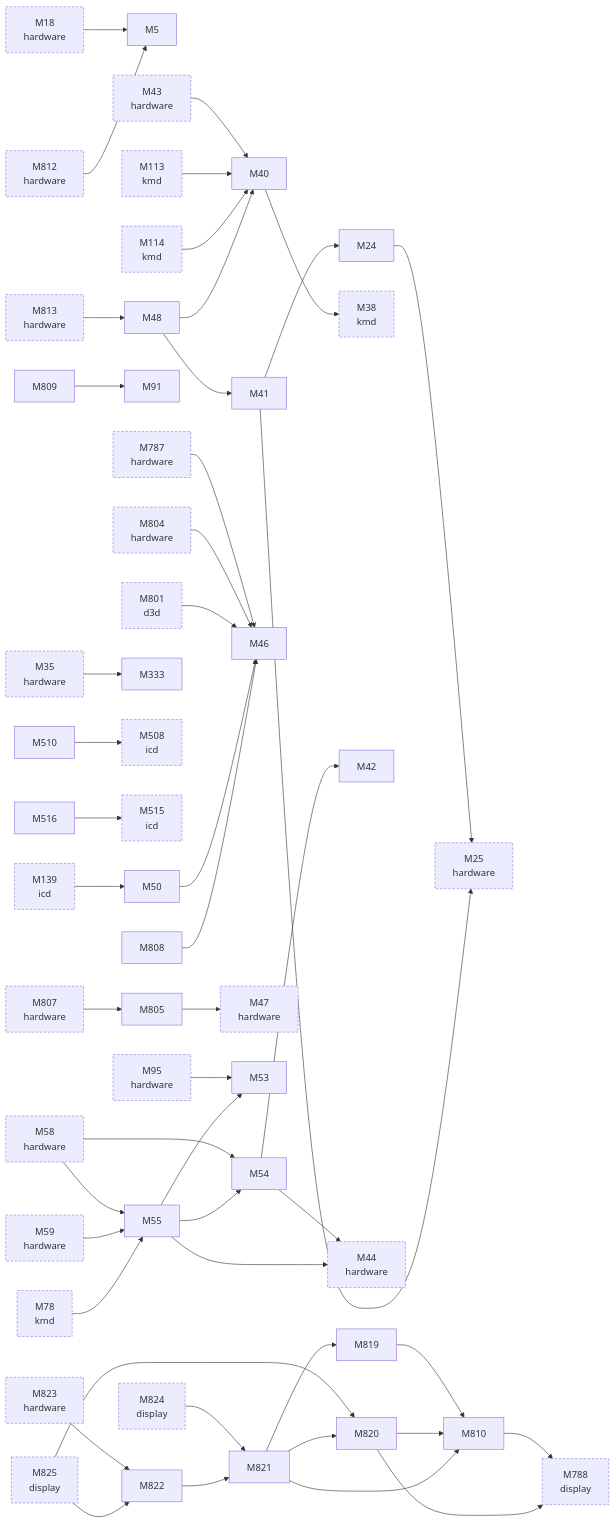
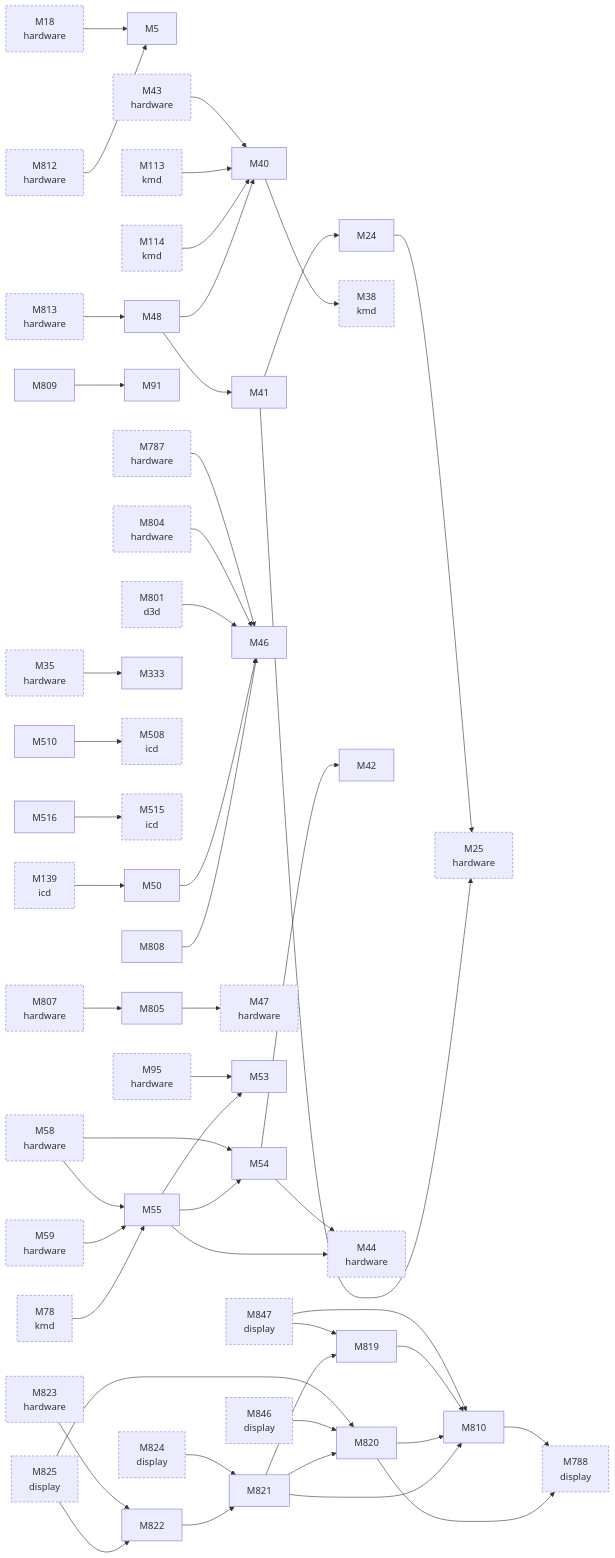
One commit to D-Ogi/amdgpu-wddm changed the second of 2 diagrams in docs/facts/graphs/linux.md. Above: the diagram before and after it, drawn with Mermaid. The commit also changed 21 other files, not shown here.

````diff
--- a/docs/facts/graphs/linux.md
+++ b/docs/facts/graphs/linux.md
@@ -93,6 +93,8 @@
   M823["M823<br/>hardware"]
   M824["M824<br/>display"]
   M825["M825<br/>display"]
+  M846["M846<br/>display"]
+  M847["M847<br/>display"]
   M18 --> M5
   M35 --> M333
   M43 --> M40
@@ -112,6 +114,9 @@
   M824 --> M821
   M825 --> M820
   M825 --> M822
+  M846 --> M820
+  M847 --> M810
+  M847 --> M819
   M139 --> M50
   M801 --> M46
   M24 --> M25
@@ -140,5 +145,5 @@
   M821 --> M820
   M822 --> M821
   classDef other stroke-dasharray:4 3
-  class M18,M25,M35,M38,M43,M44,M47,M58,M59,M78,M95,M113,M114,M139,M508,M515,M787,M788,M801,M804,M807,M812,M813,M823,M824,M825 other
+  class M18,M25,M35,M38,M43,M44,M47,M58,M59,M78,M95,M113,M114,M139,M508,M515,M787,M788,M801,M804,M807,M812,M813,M823,M824,M825,M846,M847 other
 ```
````
